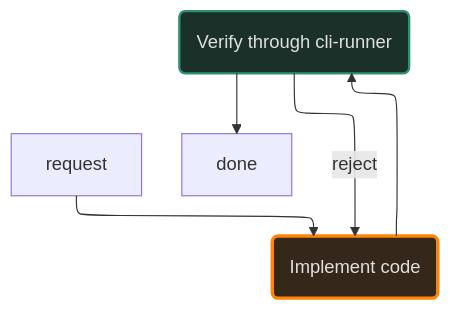
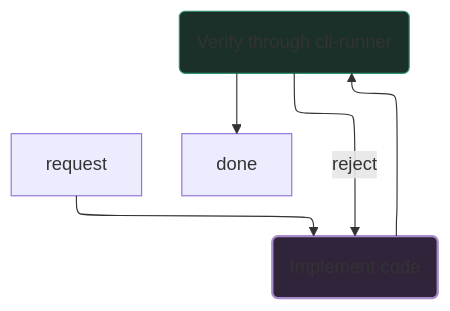
Before and after one commit to goatfryed/harness-harness: the diagram in .opencode/agents/coding/ponytail.md, drawn with Mermaid. The commit also changed 10 other files, not shown here.

Commit message:
wip: work on agent architecture

````diff
--- a/.opencode/agents/coding/ponytail.md
+++ b/.opencode/agents/coding/ponytail.md
@@ -10,18 +10,14 @@
 ```mermaid
 ---
 config:
     layout: elk
 ---
 flowchart TB
-    request --> optimize
-    optimize(Implement code):::primary_agent --> verify
-    verify(Verify through cli-runner):::sub_agent --> done
+    request:::state --> optimize
+    optimize(Implement code):::current_agent --> verify
+    verify(Verify through cli-runner):::subagent_utility --> done:::state
     verify -->|reject| optimize
 
-    classDef requester fill:#301B22,stroke:#B83A48,stroke-width:4px,color:#E0E0E0
-    classDef primary_agent fill:#352719,stroke:#FF850A,stroke-width:3px,color:#E0E0E0
-    classDef sub_agent fill:#1B3029,stroke:#2D936C,stroke-width:2px,color:#E0E0E0
-    classDef collaborative_step fill:#261D16,stroke:#C99052,color:#E0E0E0
-    classDef autonomous_step fill:#17251F,stroke:#68A88D,color:#E0E0E0
-    classDef subprocess stroke-width:4px,stroke-dasharray:7 4
+    classDef current_agent fill:#30243B,stroke:#A78BCA,stroke-width:2px
+    classDef subagent_utility fill:#1B3029,stroke:#2D936C
 ```
````
